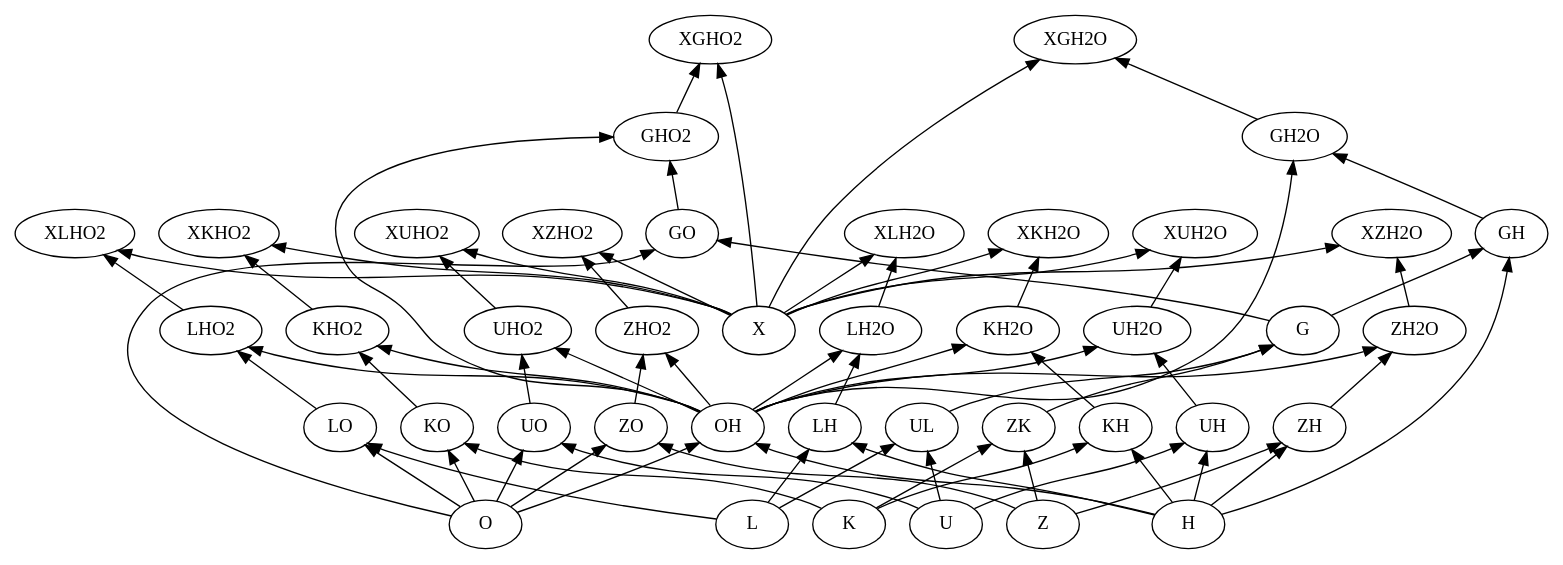
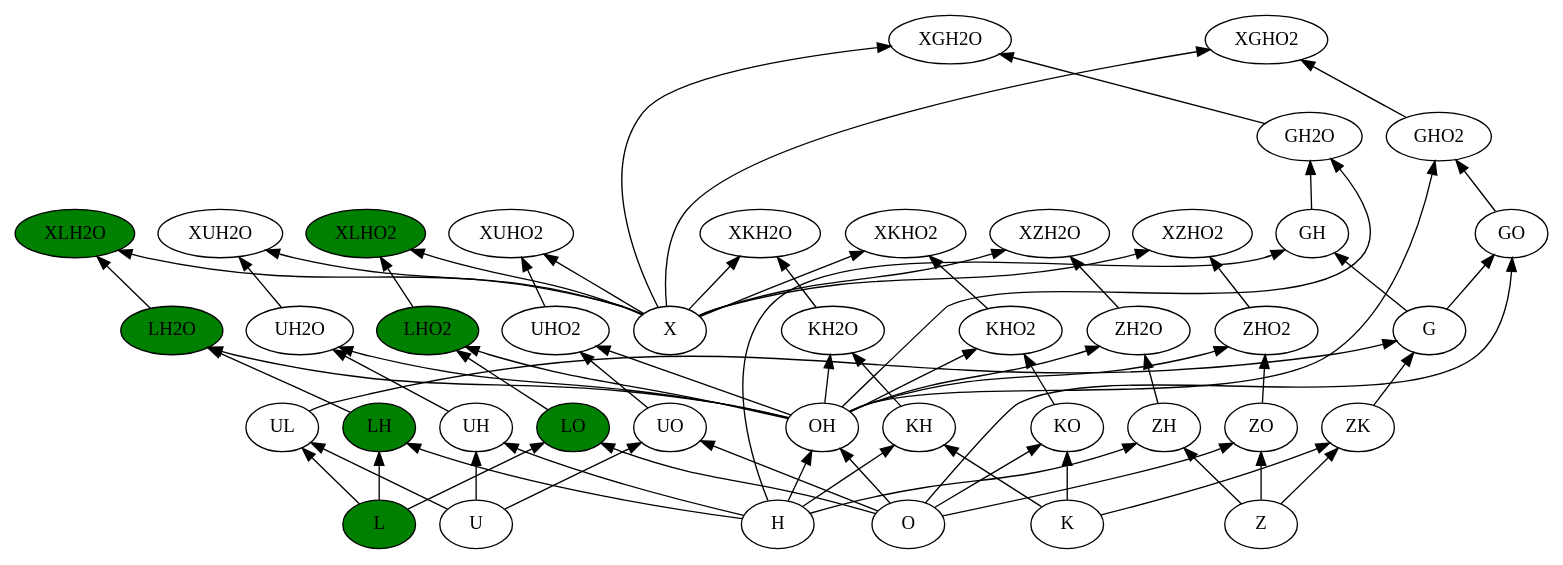
The diagram in reactions.dot (nekane1117/screeps), drawn with Graphviz before and after one commit. The commit also changed 21 other files, not shown here.

```diff
--- a/reactions.dot
+++ b/reactions.dot
@@ -1,37 +1,44 @@
 digraph G {
     rankdir = "BT"
+    L[style = "filled",fillcolor="green"]
+    LH[style = "filled",fillcolor="green"]
+    LO[style = "filled",fillcolor="green"]
+    LH2O[style = "filled",fillcolor="green"]
+    LHO2[style = "filled",fillcolor="green"]
+    XLH2O[style = "filled",fillcolor="green"]
+    XLHO2[style = "filled",fillcolor="green"]
     {G, H} -> GH
     {G, O} -> GO
     {GH, OH} -> GH2O
     {GH2O, X} -> XGH2O
     {GHO2, X} -> XGHO2
     {GO, OH} -> GHO2
     {H, K} -> KH
     {H, L} -> LH
     {H, O} -> OH
     {H, U} -> UH
     {H, Z} -> ZH
     {K, O} -> KO
     {K, Z} -> ZK
     {KH, OH} -> KH2O
     {KH2O, X} -> XKH2O
     {KHO2, X} -> XKHO2
     {KO, OH} -> KHO2
     {L, O} -> LO
     {L, U} -> UL
     {LH, OH} -> LH2O
     {LH2O, X} -> XLH2O
     {LHO2, X} -> XLHO2
     {LO, OH} -> LHO2
     {O, U} -> UO
     {O, Z} -> ZO
     {OH, UH} -> UH2O
     {OH, UO} -> UHO2
     {OH, ZH} -> ZH2O
     {OH, ZO} -> ZHO2
     {UH2O, X} -> XUH2O
     {UHO2, X} -> XUHO2
     {UL, ZK} -> G
     {X, ZH2O} -> XZH2O
     {X, ZHO2} -> XZHO2
 }
```
